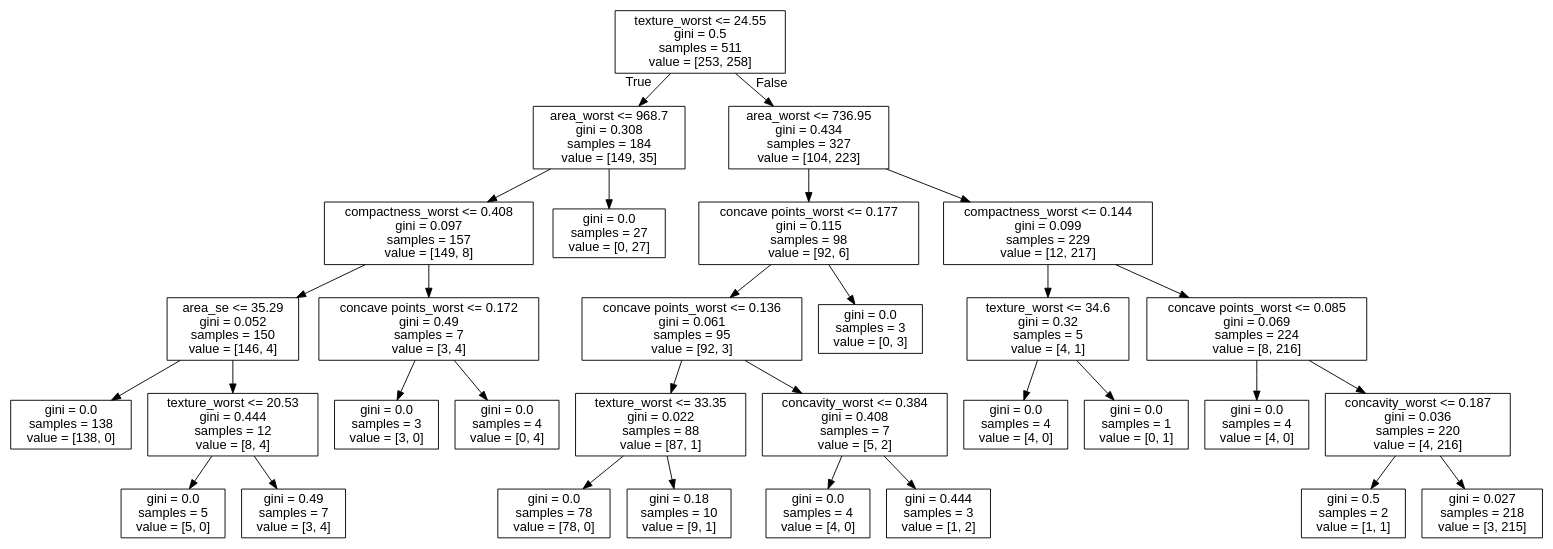
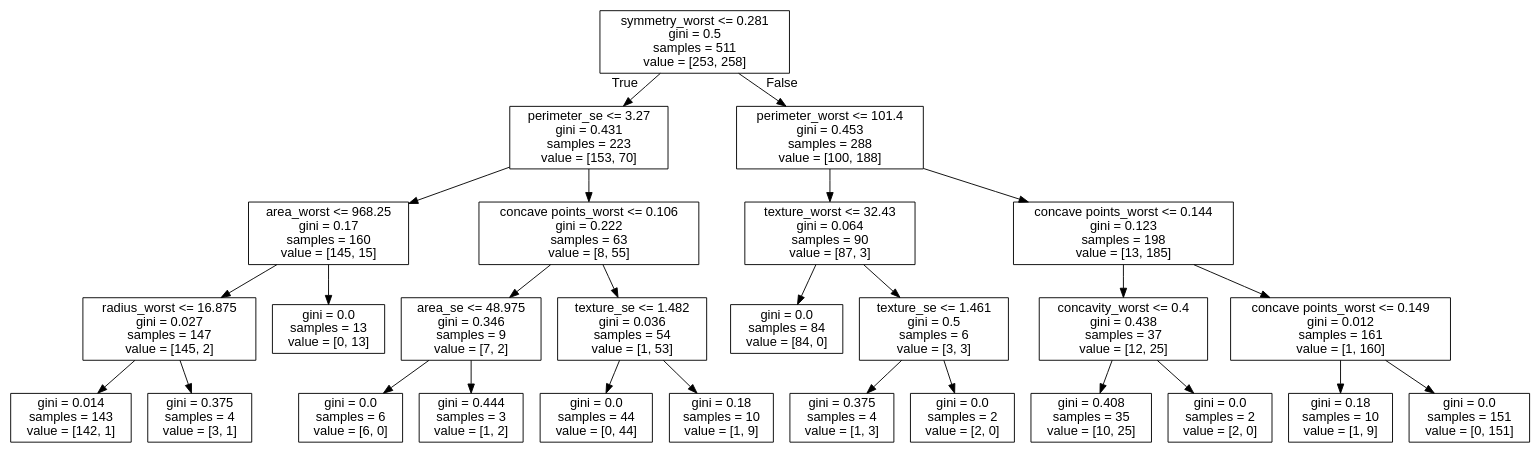
Before and after one commit to m21ark/ia_t2: the diagram in tree.dot, drawn with Graphviz. The commit also changed 4 other files, not shown here.

```diff
--- a/tree.dot
+++ b/tree.dot
@@ -1,65 +1,57 @@
 digraph Tree {
 node [shape=box, fontname="helvetica"] ;
 edge [fontname="helvetica"] ;
-0 [label="texture_worst <= 24.55\ngini = 0.5\nsamples = 511\nvalue = [253, 258]"] ;
-1 [label="area_worst <= 968.7\ngini = 0.308\nsamples = 184\nvalue = [149, 35]"] ;
+0 [label="symmetry_worst <= 0.281\ngini = 0.5\nsamples = 511\nvalue = [253, 258]"] ;
+1 [label="perimeter_se <= 3.27\ngini = 0.431\nsamples = 223\nvalue = [153, 70]"] ;
 0 -> 1 [labeldistance=2.5, labelangle=45, headlabel="True"] ;
-2 [label="compactness_worst <= 0.408\ngini = 0.097\nsamples = 157\nvalue = [149, 8]"] ;
+2 [label="area_worst <= 968.25\ngini = 0.17\nsamples = 160\nvalue = [145, 15]"] ;
 1 -> 2 ;
-3 [label="area_se <= 35.29\ngini = 0.052\nsamples = 150\nvalue = [146, 4]"] ;
+3 [label="radius_worst <= 16.875\ngini = 0.027\nsamples = 147\nvalue = [145, 2]"] ;
 2 -> 3 ;
-4 [label="gini = 0.0\nsamples = 138\nvalue = [138, 0]"] ;
+4 [label="gini = 0.014\nsamples = 143\nvalue = [142, 1]"] ;
 3 -> 4 ;
-5 [label="texture_worst <= 20.53\ngini = 0.444\nsamples = 12\nvalue = [8, 4]"] ;
+5 [label="gini = 0.375\nsamples = 4\nvalue = [3, 1]"] ;
 3 -> 5 ;
-6 [label="gini = 0.0\nsamples = 5\nvalue = [5, 0]"] ;
-5 -> 6 ;
-7 [label="gini = 0.49\nsamples = 7\nvalue = [3, 4]"] ;
-5 -> 7 ;
-8 [label="concave points_worst <= 0.172\ngini = 0.49\nsamples = 7\nvalue = [3, 4]"] ;
-2 -> 8 ;
-9 [label="gini = 0.0\nsamples = 3\nvalue = [3, 0]"] ;
+6 [label="gini = 0.0\nsamples = 13\nvalue = [0, 13]"] ;
+2 -> 6 ;
+7 [label="concave points_worst <= 0.106\ngini = 0.222\nsamples = 63\nvalue = [8, 55]"] ;
+1 -> 7 ;
+8 [label="area_se <= 48.975\ngini = 0.346\nsamples = 9\nvalue = [7, 2]"] ;
+7 -> 8 ;
+9 [label="gini = 0.0\nsamples = 6\nvalue = [6, 0]"] ;
 8 -> 9 ;
-10 [label="gini = 0.0\nsamples = 4\nvalue = [0, 4]"] ;
+10 [label="gini = 0.444\nsamples = 3\nvalue = [1, 2]"] ;
 8 -> 10 ;
-11 [label="gini = 0.0\nsamples = 27\nvalue = [0, 27]"] ;
-1 -> 11 ;
-12 [label="area_worst <= 736.95\ngini = 0.434\nsamples = 327\nvalue = [104, 223]"] ;
-0 -> 12 [labeldistance=2.5, labelangle=-45, headlabel="False"] ;
-13 [label="concave points_worst <= 0.177\ngini = 0.115\nsamples = 98\nvalue = [92, 6]"] ;
-12 -> 13 ;
-14 [label="concave points_worst <= 0.136\ngini = 0.061\nsamples = 95\nvalue = [92, 3]"] ;
-13 -> 14 ;
-15 [label="texture_worst <= 33.35\ngini = 0.022\nsamples = 88\nvalue = [87, 1]"] ;
+11 [label="texture_se <= 1.482\ngini = 0.036\nsamples = 54\nvalue = [1, 53]"] ;
+7 -> 11 ;
+12 [label="gini = 0.0\nsamples = 44\nvalue = [0, 44]"] ;
+11 -> 12 ;
+13 [label="gini = 0.18\nsamples = 10\nvalue = [1, 9]"] ;
+11 -> 13 ;
+14 [label="perimeter_worst <= 101.4\ngini = 0.453\nsamples = 288\nvalue = [100, 188]"] ;
+0 -> 14 [labeldistance=2.5, labelangle=-45, headlabel="False"] ;
+15 [label="texture_worst <= 32.43\ngini = 0.064\nsamples = 90\nvalue = [87, 3]"] ;
 14 -> 15 ;
-16 [label="gini = 0.0\nsamples = 78\nvalue = [78, 0]"] ;
+16 [label="gini = 0.0\nsamples = 84\nvalue = [84, 0]"] ;
 15 -> 16 ;
-17 [label="gini = 0.18\nsamples = 10\nvalue = [9, 1]"] ;
+17 [label="texture_se <= 1.461\ngini = 0.5\nsamples = 6\nvalue = [3, 3]"] ;
 15 -> 17 ;
-18 [label="concavity_worst <= 0.384\ngini = 0.408\nsamples = 7\nvalue = [5, 2]"] ;
-14 -> 18 ;
-19 [label="gini = 0.0\nsamples = 4\nvalue = [4, 0]"] ;
-18 -> 19 ;
-20 [label="gini = 0.444\nsamples = 3\nvalue = [1, 2]"] ;
-18 -> 20 ;
-21 [label="gini = 0.0\nsamples = 3\nvalue = [0, 3]"] ;
-13 -> 21 ;
-22 [label="compactness_worst <= 0.144\ngini = 0.099\nsamples = 229\nvalue = [12, 217]"] ;
-12 -> 22 ;
-23 [label="texture_worst <= 34.6\ngini = 0.32\nsamples = 5\nvalue = [4, 1]"] ;
-22 -> 23 ;
-24 [label="gini = 0.0\nsamples = 4\nvalue = [4, 0]"] ;
-23 -> 24 ;
-25 [label="gini = 0.0\nsamples = 1\nvalue = [0, 1]"] ;
-23 -> 25 ;
-26 [label="concave points_worst <= 0.085\ngini = 0.069\nsamples = 224\nvalue = [8, 216]"] ;
-22 -> 26 ;
-27 [label="gini = 0.0\nsamples = 4\nvalue = [4, 0]"] ;
-26 -> 27 ;
-28 [label="concavity_worst <= 0.187\ngini = 0.036\nsamples = 220\nvalue = [4, 216]"] ;
-26 -> 28 ;
-29 [label="gini = 0.5\nsamples = 2\nvalue = [1, 1]"] ;
-28 -> 29 ;
-30 [label="gini = 0.027\nsamples = 218\nvalue = [3, 215]"] ;
-28 -> 30 ;
+18 [label="gini = 0.375\nsamples = 4\nvalue = [1, 3]"] ;
+17 -> 18 ;
+19 [label="gini = 0.0\nsamples = 2\nvalue = [2, 0]"] ;
+17 -> 19 ;
+20 [label="concave points_worst <= 0.144\ngini = 0.123\nsamples = 198\nvalue = [13, 185]"] ;
+14 -> 20 ;
+21 [label="concavity_worst <= 0.4\ngini = 0.438\nsamples = 37\nvalue = [12, 25]"] ;
+20 -> 21 ;
+22 [label="gini = 0.408\nsamples = 35\nvalue = [10, 25]"] ;
+21 -> 22 ;
+23 [label="gini = 0.0\nsamples = 2\nvalue = [2, 0]"] ;
+21 -> 23 ;
+24 [label="concave points_worst <= 0.149\ngini = 0.012\nsamples = 161\nvalue = [1, 160]"] ;
+20 -> 24 ;
+25 [label="gini = 0.18\nsamples = 10\nvalue = [1, 9]"] ;
+24 -> 25 ;
+26 [label="gini = 0.0\nsamples = 151\nvalue = [0, 151]"] ;
+24 -> 26 ;
 }
```
